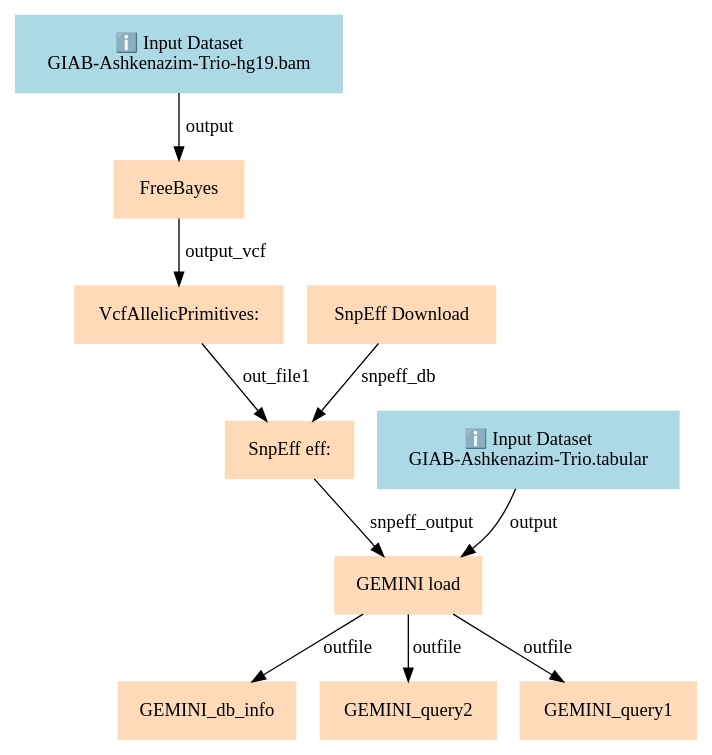
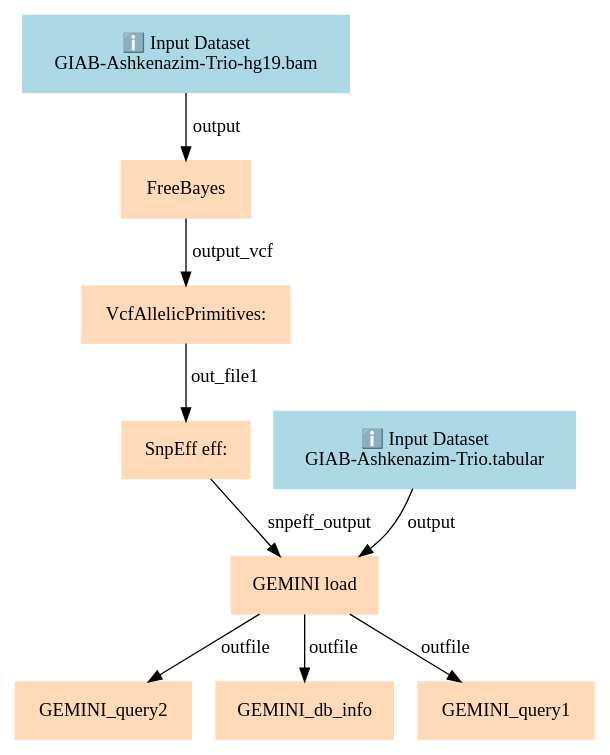
One commit to galaxyproject/training-material changed the diagram in api/workflows/variant-analysis/dip/diploid/graph.dot. Above: the diagram before and after it, drawn with Graphviz. The commit also changed 9841 other files, not shown here.

```diff
--- a/api/workflows/variant-analysis/dip/diploid/graph.dot
+++ b/api/workflows/variant-analysis/dip/diploid/graph.dot
@@ -1,23 +1,21 @@
 digraph main {
   node [fontname="Atkinson Hyperlegible", shape=box, color=white,style=filled,color=peachpuff,margin="0.2,0.2"];
   edge [fontname="Atkinson Hyperlegible"];
   0[color=lightblue,label="ℹ️ Input Dataset\nGIAB-Ashkenazim-Trio-hg19.bam"]
-  1[label="SnpEff Download"]
-  2[color=lightblue,label="ℹ️ Input Dataset\nGIAB-Ashkenazim-Trio.tabular"]
-  3[label="FreeBayes"]
-  0 -> 3 [label="output"]
-  4[label="VcfAllelicPrimitives:"]
-  3 -> 4 [label="output_vcf"]
-  5[label="SnpEff eff:"]
-  4 -> 5 [label="out_file1"]
-  1 -> 5 [label="snpeff_db"]
-  6[label="GEMINI load"]
-  5 -> 6 [label="snpeff_output"]
-  2 -> 6 [label="output"]
+  1[color=lightblue,label="ℹ️ Input Dataset\nGIAB-Ashkenazim-Trio.tabular"]
+  2[label="FreeBayes"]
+  0 -> 2 [label="output"]
+  3[label="VcfAllelicPrimitives:"]
+  2 -> 3 [label="output_vcf"]
+  4[label="SnpEff eff:"]
+  3 -> 4 [label="out_file1"]
+  5[label="GEMINI load"]
+  4 -> 5 [label="snpeff_output"]
+  1 -> 5 [label="output"]
+  6[label="GEMINI_query2"]
+  5 -> 6 [label="outfile"]
   7[label="GEMINI_db_info"]
-  6 -> 7 [label="outfile"]
-  8[label="GEMINI_query2"]
-  6 -> 8 [label="outfile"]
-  9[label="GEMINI_query1"]
-  6 -> 9 [label="outfile"]
+  5 -> 7 [label="outfile"]
+  8[label="GEMINI_query1"]
+  5 -> 8 [label="outfile"]
 }
```
